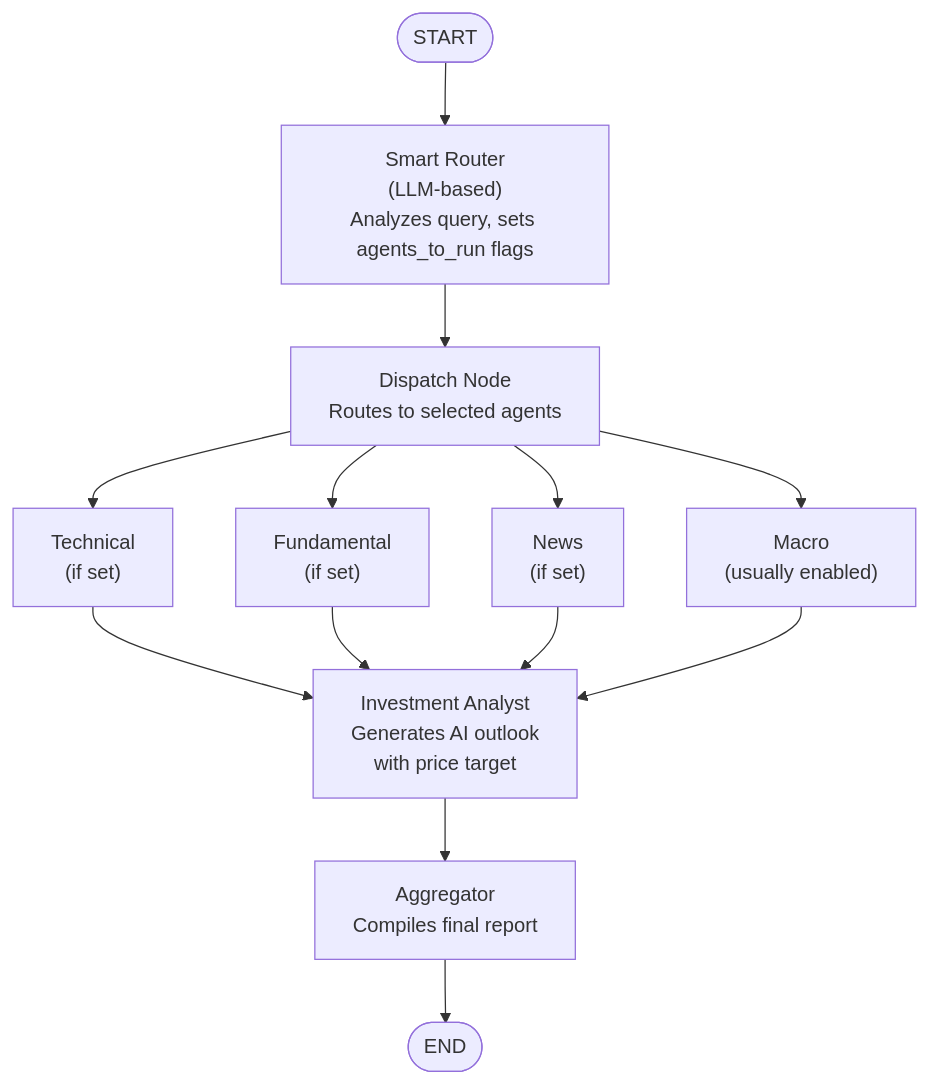
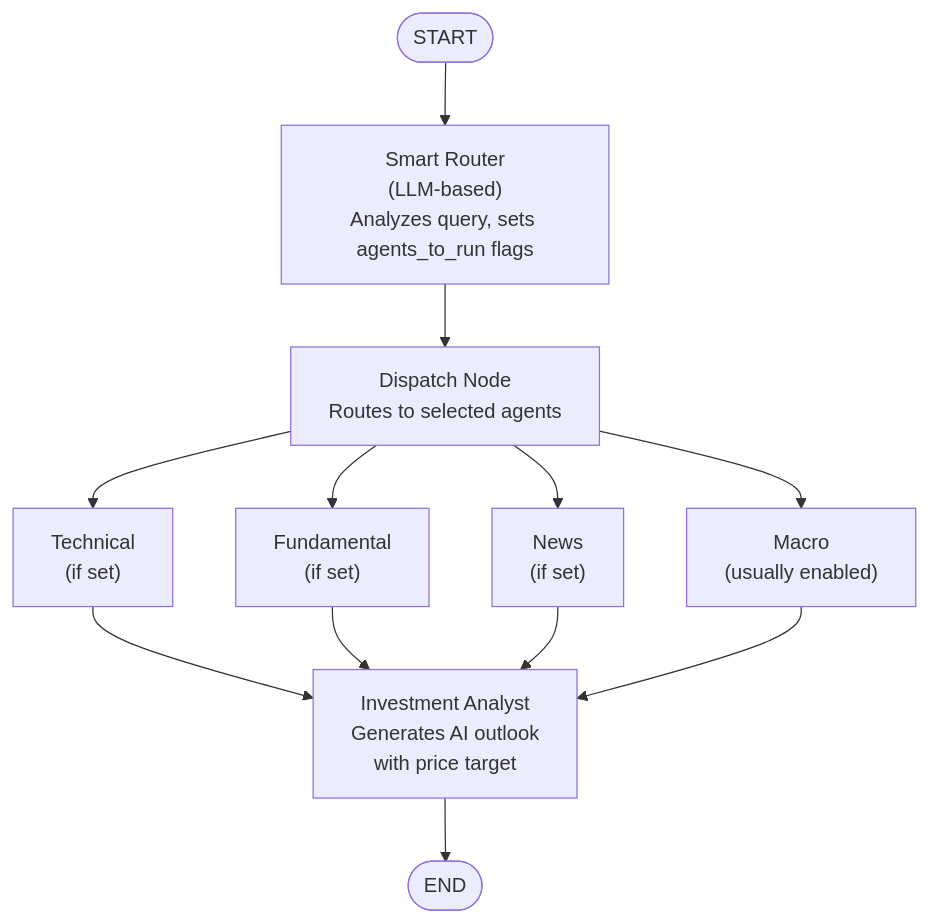
Before and after one commit to michaelzus/ThinkOnlyOnce: the second of 2 diagrams in docs/SDD.md, drawn with Mermaid. The commit also changed other lines of this file and 6 other files, not shown here.

````diff
--- a/docs/SDD.md
+++ b/docs/SDD.md
@@ -91,21 +90,19 @@
 ```mermaid
 flowchart TB
     Start([START])
     Start --> Router["Smart Router<br/>(LLM-based)<br/>Analyzes query, sets agents_to_run flags"]
     
     Router --> Dispatch["Dispatch Node<br/>Routes to selected agents"]
     
     Dispatch --> Tech["Technical<br/>(if set)"]
     Dispatch --> Fund["Fundamental<br/>(if set)"]
     Dispatch --> News["News<br/>(if set)"]
     Dispatch --> Macro["Macro<br/>(usually enabled)"]
     
     Tech --> Invest["Investment Analyst<br/>Generates AI outlook<br/>with price target"]
     Fund --> Invest
     News --> Invest
     Macro --> Invest
     
-    Invest --> Agg["Aggregator<br/>Compiles final report"]
-    
-    Agg --> End([END])
+    Invest --> End([END])
 ```
````
